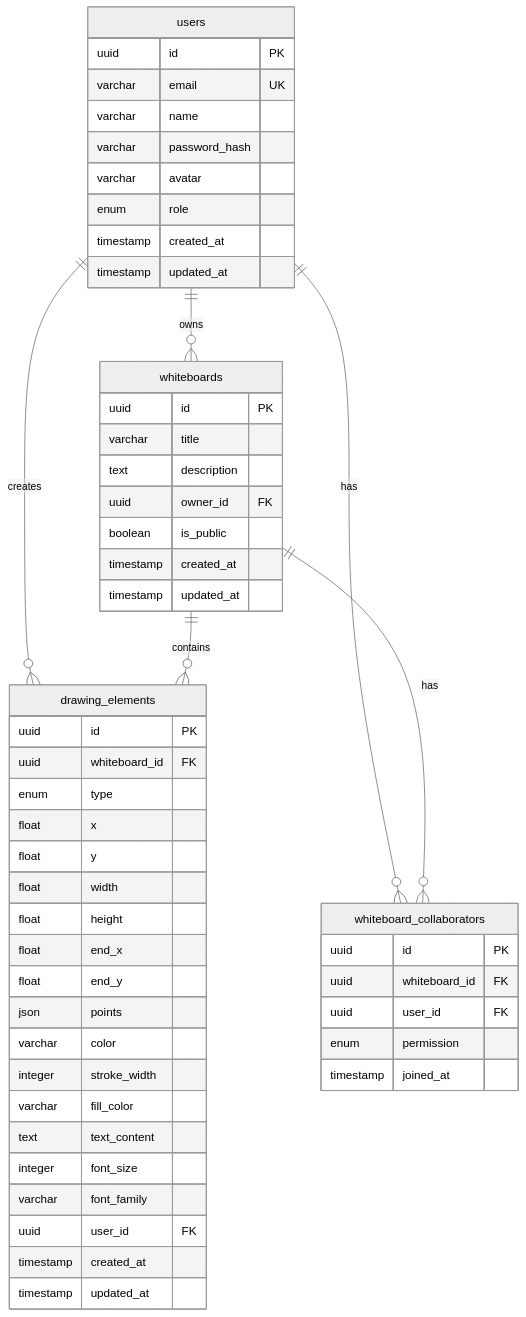
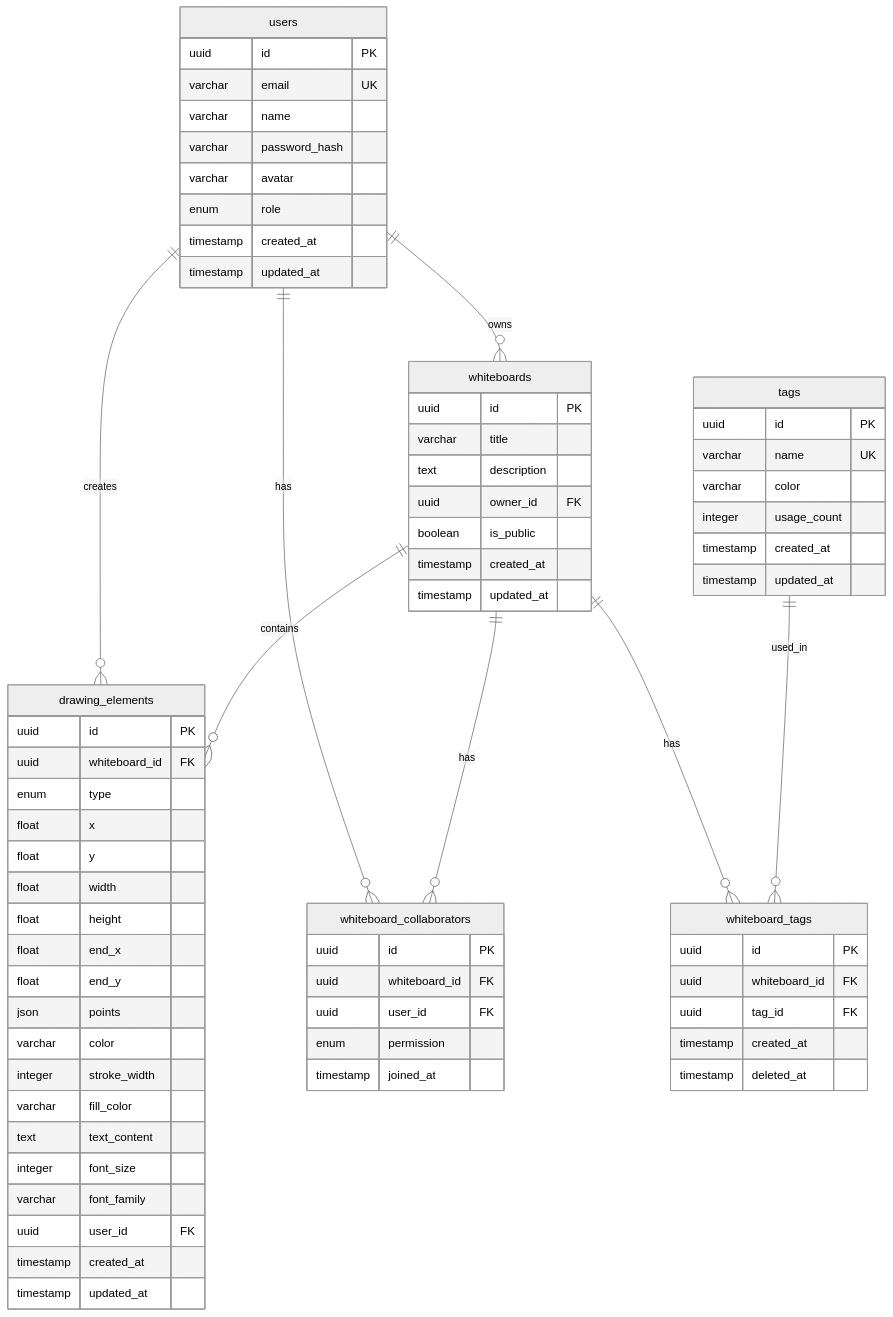
One commit to takuya44/ClaudeCode-whiteboard changed the first of 2 diagrams in docs/プロジェクトドキュメント/03_システム設計/03_データベース設計/02_ER図.md. Above: the diagram before and after it, drawn with Mermaid (neutral theme). The commit also changed other lines of this file and 3 other files, not shown here.

````diff
--- a/docs/プロジェクトドキュメント/03_システム設計/03_データベース設計/02_ER図.md
+++ b/docs/プロジェクトドキュメント/03_システム設計/03_データベース設計/02_ER図.md
@@ -12,60 +12,80 @@
 ```mermaid
 erDiagram
     users ||--o{ whiteboards : "owns"
     users ||--o{ drawing_elements : "creates"
     users ||--o{ whiteboard_collaborators : "has"
     
     whiteboards ||--o{ drawing_elements : "contains"
     whiteboards ||--o{ whiteboard_collaborators : "has"
+    whiteboards ||--o{ whiteboard_tags : "has"
+    
+    tags ||--o{ whiteboard_tags : "used_in"
     
     users {
         uuid id PK
         varchar email UK
         varchar name
         varchar password_hash
         varchar avatar
         enum role
         timestamp created_at
         timestamp updated_at
     }
     
     whiteboards {
         uuid id PK
         varchar title
         text description
         uuid owner_id FK
         boolean is_public
         timestamp created_at
         timestamp updated_at
     }
     
     drawing_elements {
         uuid id PK
         uuid whiteboard_id FK
         enum type
         float x
         float y
         float width
         float height
         float end_x
         float end_y
         json points
         varchar color
         integer stroke_width
         varchar fill_color
         text text_content
         integer font_size
         varchar font_family
         uuid user_id FK
         timestamp created_at
         timestamp updated_at
     }
     
     whiteboard_collaborators {
         uuid id PK
         uuid whiteboard_id FK
         uuid user_id FK
         enum permission
         timestamp joined_at
     }
+    
+    tags {
+        uuid id PK
+        varchar name UK
+        varchar color
+        integer usage_count
+        timestamp created_at
+        timestamp updated_at
+    }
+    
+    whiteboard_tags {
+        uuid id PK
+        uuid whiteboard_id FK
+        uuid tag_id FK
+        timestamp created_at
+        timestamp deleted_at
+    }
 ```
````
